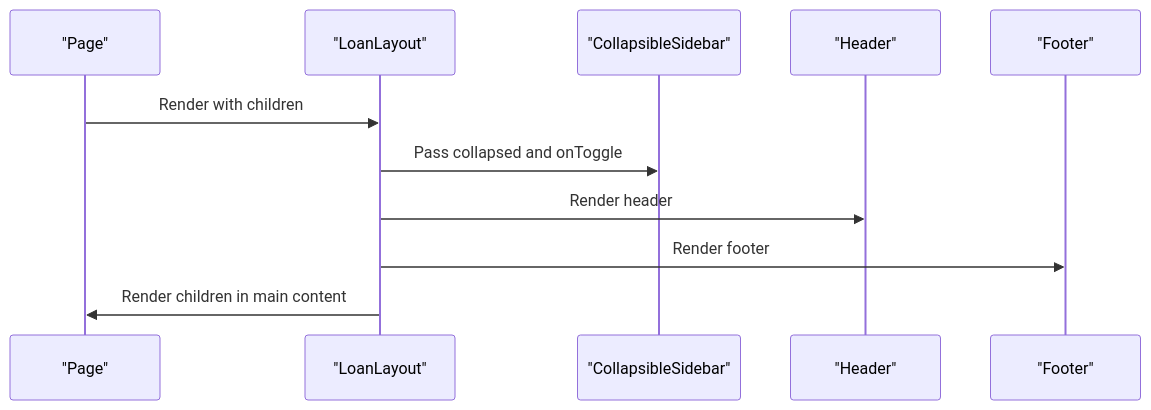
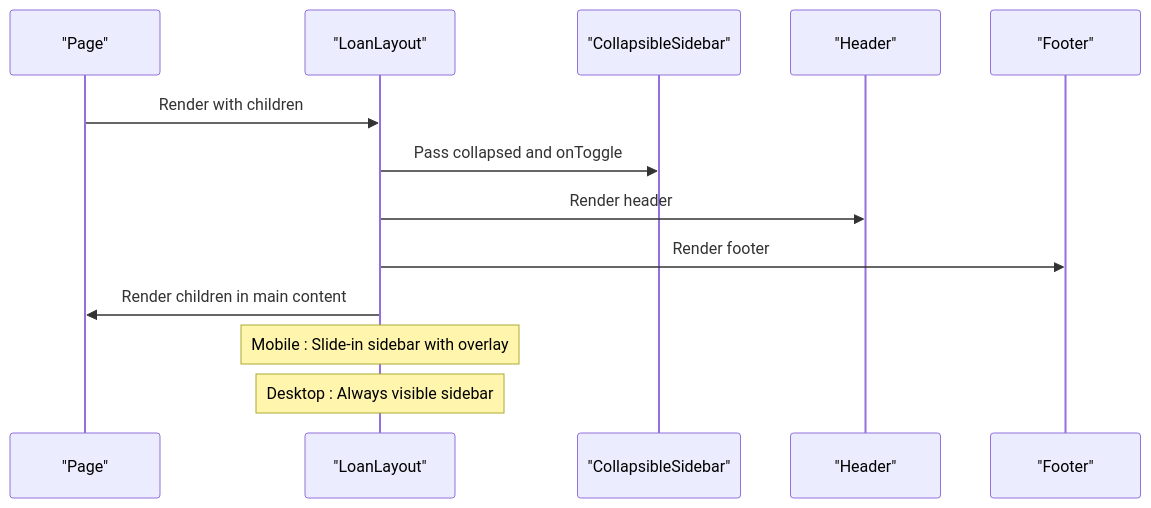
Before and after one commit to Unsure-bry/sampacoop_system: the fourth of 5 diagrams in .qoder/repowiki/en/content/UI Components & Design System/Shared Components.md, drawn with Mermaid. The commit also changed other lines of this file and 24 other files, not shown here.

````diff
--- a/.qoder/repowiki/en/content/UI Components & Design System/Shared Components.md
+++ b/.qoder/repowiki/en/content/UI Components & Design System/Shared Components.md
@@ -252,13 +272,15 @@
 ```mermaid
 sequenceDiagram
 participant P as "Page"
 participant LL as "LoanLayout"
 participant CS as "CollapsibleSidebar"
 participant H as "Header"
 participant F as "Footer"
 P->>LL : Render with children
 LL->>CS : Pass collapsed and onToggle
 LL->>H : Render header
 LL->>F : Render footer
 LL->>P : Render children in main content
+Note over LL : Mobile : Slide-in sidebar with overlay
+Note over LL : Desktop : Always visible sidebar
 ```
````
